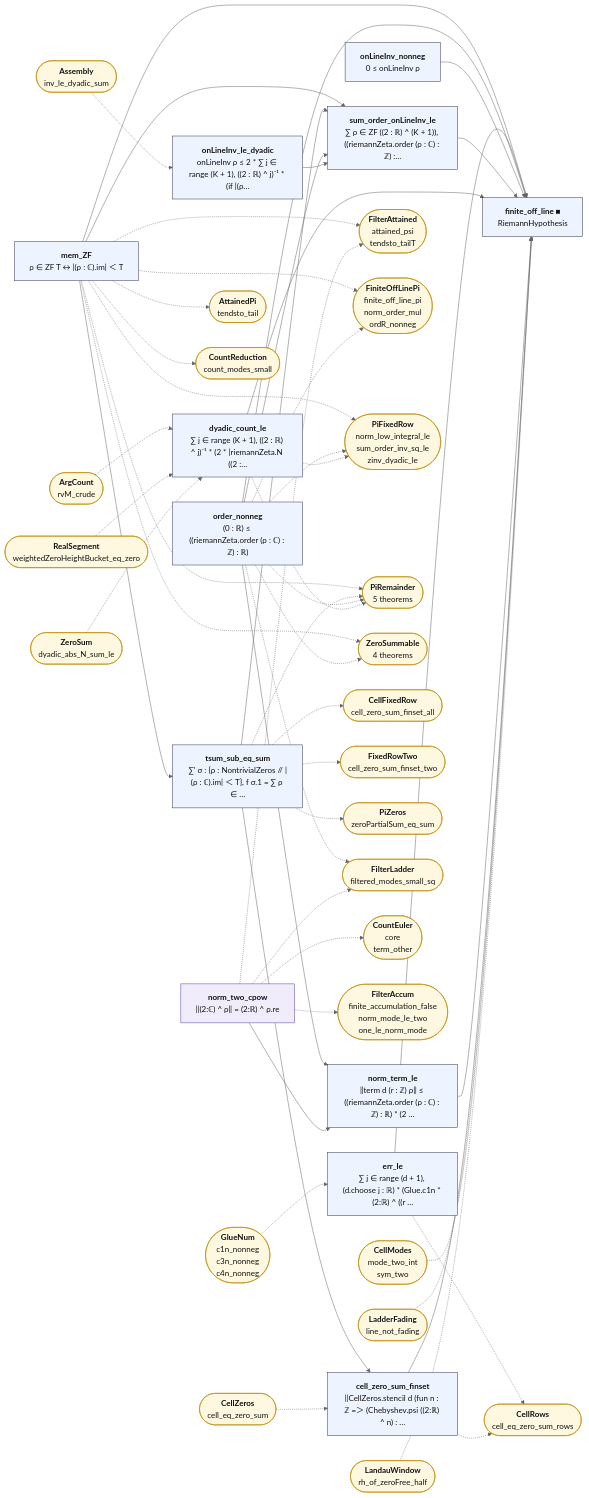
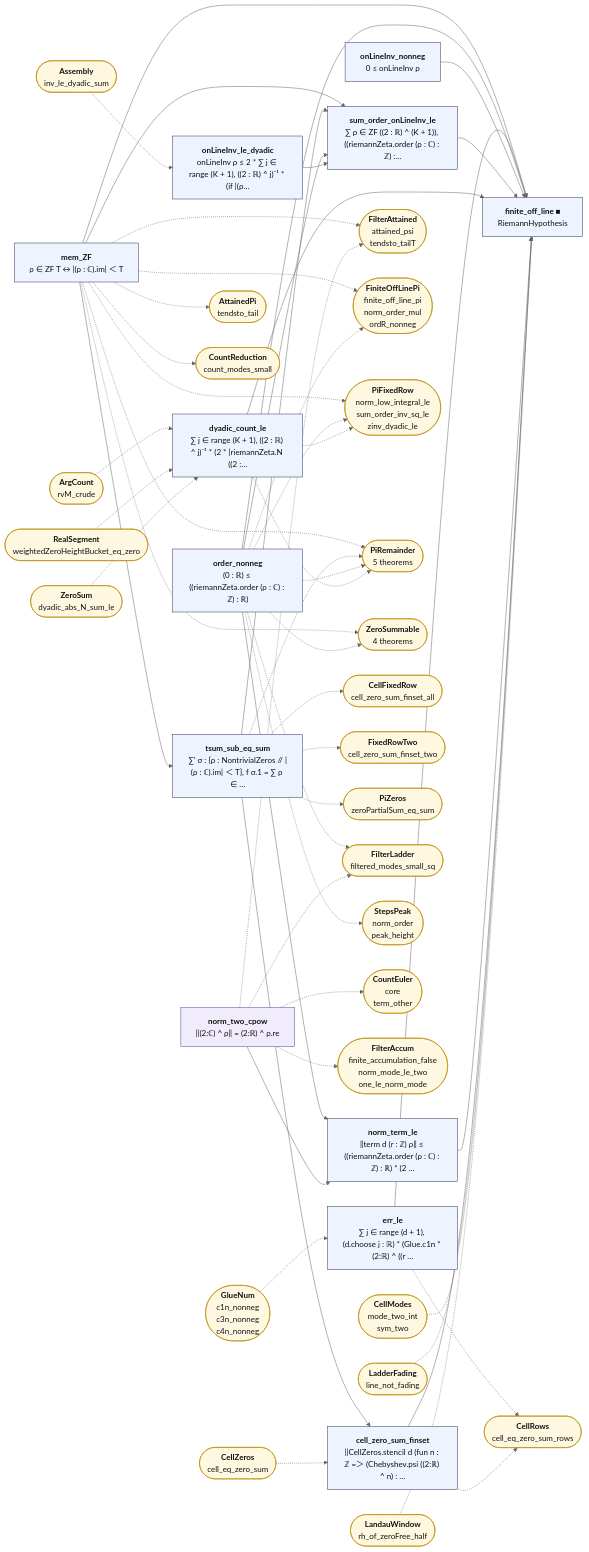
One commit to juliansambranojr/Primebeat_081426 changed the diagram in map/lean_stage3/FiniteOffLine.md. Above: the diagram before and after it, drawn with Mermaid (neutral theme). The commit also changed other lines of this file and 56 other files, not shown here.

First line of the commit message:
Blocks R5, R6: the height of a finite peak; the half in the sieve and the spiral link as the sieve's wobble (units 0484, 0485)

```diff
--- a/map/lean_stage3/FiniteOffLine.md
+++ b/map/lean_stage3/FiniteOffLine.md
@@ -34,18 +34,19 @@
   x8(["<b>FixedRowTwo</b><br/>cell_zero_sum_finset_two"]):::ext
   x9(["<b>PiZeros</b><br/>zeroPartialSum_eq_sum"]):::ext
   x10(["<b>FilterLadder</b><br/>filtered_modes_small_sq"]):::ext
-  x11(["<b>Assembly</b><br/>inv_le_dyadic_sum"]):::ext
-  x12(["<b>ArgCount</b><br/>rvM_crude"]):::ext
-  x13(["<b>RealSegment</b><br/>weightedZeroHeightBucket_eq_zero"]):::ext
-  x14(["<b>ZeroSum</b><br/>dyadic_abs_N_sum_le"]):::ext
-  x15(["<b>CountEuler</b><br/>core<br/>term_other"]):::ext
-  x16(["<b>FilterAccum</b><br/>finite_accumulation_false<br/>norm_mode_le_two<br/>one_le_norm_mode"]):::ext
-  x17(["<b>CellZeros</b><br/>cell_eq_zero_sum"]):::ext
-  x18(["<b>CellRows</b><br/>cell_eq_zero_sum_rows"]):::ext
-  x19(["<b>GlueNum</b><br/>c1n_nonneg<br/>c3n_nonneg<br/>c4n_nonneg"]):::ext
-  x20(["<b>CellModes</b><br/>mode_two_int<br/>sym_two"]):::ext
-  x21(["<b>LadderFading</b><br/>line_not_fading"]):::ext
-  x22(["<b>LandauWindow</b><br/>rh_of_zeroFree_half"]):::ext
+  x11(["<b>StepsPeak</b><br/>norm_order<br/>peak_height"]):::ext
+  x12(["<b>Assembly</b><br/>inv_le_dyadic_sum"]):::ext
+  x13(["<b>ArgCount</b><br/>rvM_crude"]):::ext
+  x14(["<b>RealSegment</b><br/>weightedZeroHeightBucket_eq_zero"]):::ext
+  x15(["<b>ZeroSum</b><br/>dyadic_abs_N_sum_le"]):::ext
+  x16(["<b>CountEuler</b><br/>core<br/>term_other"]):::ext
+  x17(["<b>FilterAccum</b><br/>finite_accumulation_false<br/>norm_mode_le_two<br/>one_le_norm_mode"]):::ext
+  x18(["<b>CellZeros</b><br/>cell_eq_zero_sum"]):::ext
+  x19(["<b>CellRows</b><br/>cell_eq_zero_sum_rows"]):::ext
+  x20(["<b>GlueNum</b><br/>c1n_nonneg<br/>c3n_nonneg<br/>c4n_nonneg"]):::ext
+  x21(["<b>CellModes</b><br/>mode_two_int<br/>sym_two"]):::ext
+  x22(["<b>LadderFading</b><br/>line_not_fading"]):::ext
+  x23(["<b>LandauWindow</b><br/>rh_of_zeroFree_half"]):::ext
   n0 --> n1
   n0 --> n11
   n0 --> n5
@@ -73,8 +74,9 @@
   n1 -.-> x7
   n1 -.-> x8
   n1 -.-> x9
-  n10 -.-> x18
+  n10 -.-> x19
   n2 -.-> x10
+  n2 -.-> x11
   n2 -.-> x3
   n2 -.-> x4
   n2 -.-> x5
@@ -82,19 +84,19 @@
   n6 -.-> x4
   n6 -.-> x5
   n7 -.-> x10
-  n7 -.-> x15
   n7 -.-> x16
+  n7 -.-> x17
   n7 -.-> x2
-  n9 -.-> x18
-  x11 -.-> n4
-  x12 -.-> n6
+  n9 -.-> x19
+  x12 -.-> n4
   x13 -.-> n6
   x14 -.-> n6
-  x17 -.-> n9
-  x19 -.-> n10
-  x20 -.-> n11
+  x15 -.-> n6
+  x18 -.-> n9
+  x20 -.-> n10
   x21 -.-> n11
   x22 -.-> n11
+  x23 -.-> n11
   classDef cnt fill:#dff5ec,stroke:#17694a,color:#111
   classDef shp fill:#f1ecfb,stroke:#5b3fa0,color:#111
   classDef rh fill:#ffe5e5,stroke:#c22,color:#111,stroke-width:2px
```
